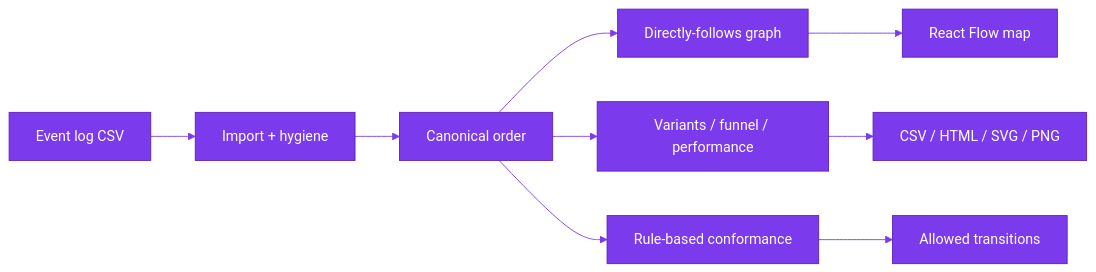
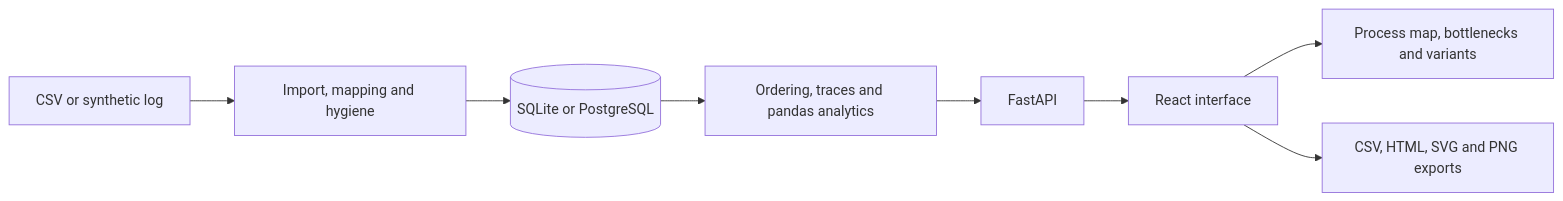
The diagram in README.md (hasanhuseyinyetkiner/hiring-process-miner), drawn with Mermaid before and after one commit. The commit also changed other lines of this file and 2 other files, not shown here.

````diff
--- a/README.md
+++ b/README.md
@@ -119,23 +35,10 @@
 ```mermaid
-%%{init: {
-  "theme": "base",
-  "themeVariables": {
-    "primaryColor": "#7C3AED",
-    "primaryTextColor": "#ffffff",
-    "primaryBorderColor": "#5B21B6",
-    "lineColor": "#7C3AED",
-    "secondaryColor": "#EDE9FE",
-    "tertiaryColor": "#F5F3FF",
-    "fontFamily": "ui-sans-serif, system-ui, sans-serif"
-  }
-}}%%
 flowchart LR
-  CSV[Event log CSV] --> I[Import + hygiene]
-  I --> O[Canonical order]
-  O --> DFG[Directly-follows graph]
-  O --> KPI[Variants / funnel / performance]
-  O --> Conf[Rule-based conformance]
-  DFG --> UI[React Flow map]
-  KPI --> EXP[CSV / HTML / SVG / PNG]
-  Conf --> Model[Allowed transitions]
+  CSV[CSV or synthetic log] --> Import[Import, mapping and hygiene]
+  Import --> DB[(SQLite or PostgreSQL)]
+  DB --> Analytics[Ordering, traces and pandas analytics]
+  Analytics --> API[FastAPI]
+  API --> UI[React interface]
+  UI --> Views[Process map, bottlenecks and variants]
+  UI --> Export[CSV, HTML, SVG and PNG exports]
 ```
````
